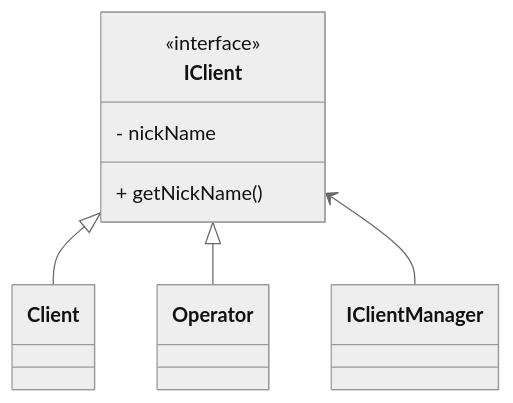
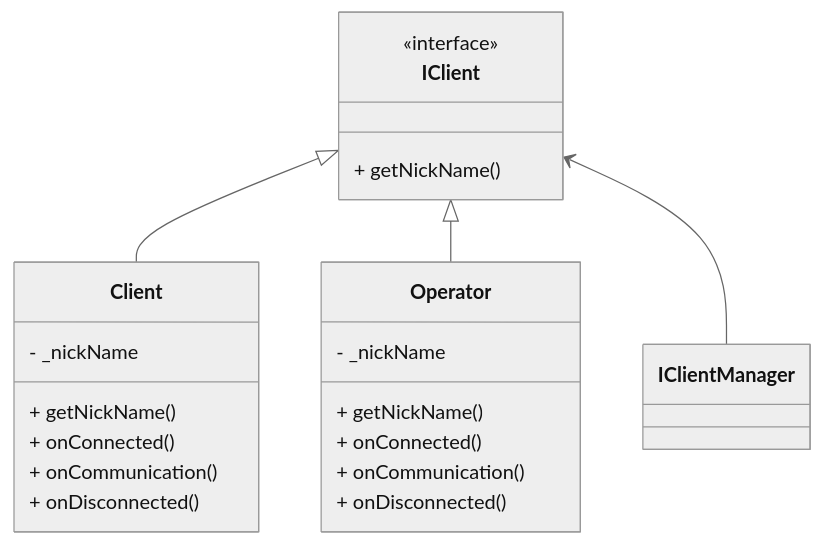
The fourth of 13 diagrams in docs/class_design.md (mfukui1218/irc), drawn with Mermaid (neutral theme) before and after one commit. The commit also changed other lines of this file and 32 other files, not shown here.

````diff
--- a/docs/class_design.md
+++ b/docs/class_design.md
@@ -92,12 +94,28 @@
 ```mermaid
 classDiagram
 	IClient <|-- Client
 	IClient <|-- Operator
 	IClient <-- IClientManager
 
 	class IClient {
 		<<interface>>
-		- nickName
 		+ getNickName()
 	}
+
+	class Operator {
+		- _nickName
+		+ getNickName()
+		+ onConnected()
+		+ onCommunication()
+		+ onDisconnected()
+	}
+
+	class Client {
+		- _nickName
+		+ getNickName()
+		+ onConnected()
+		+ onCommunication()
+		+ onDisconnected()
+	}
+	
 ```
````
